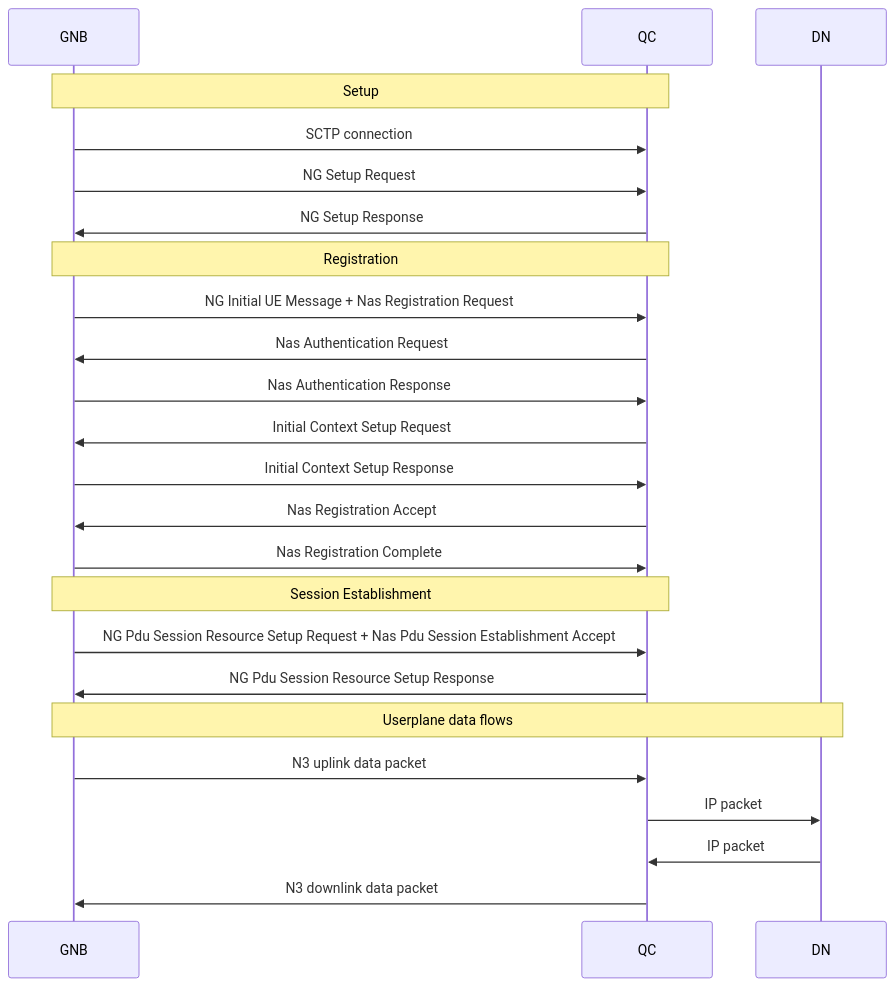
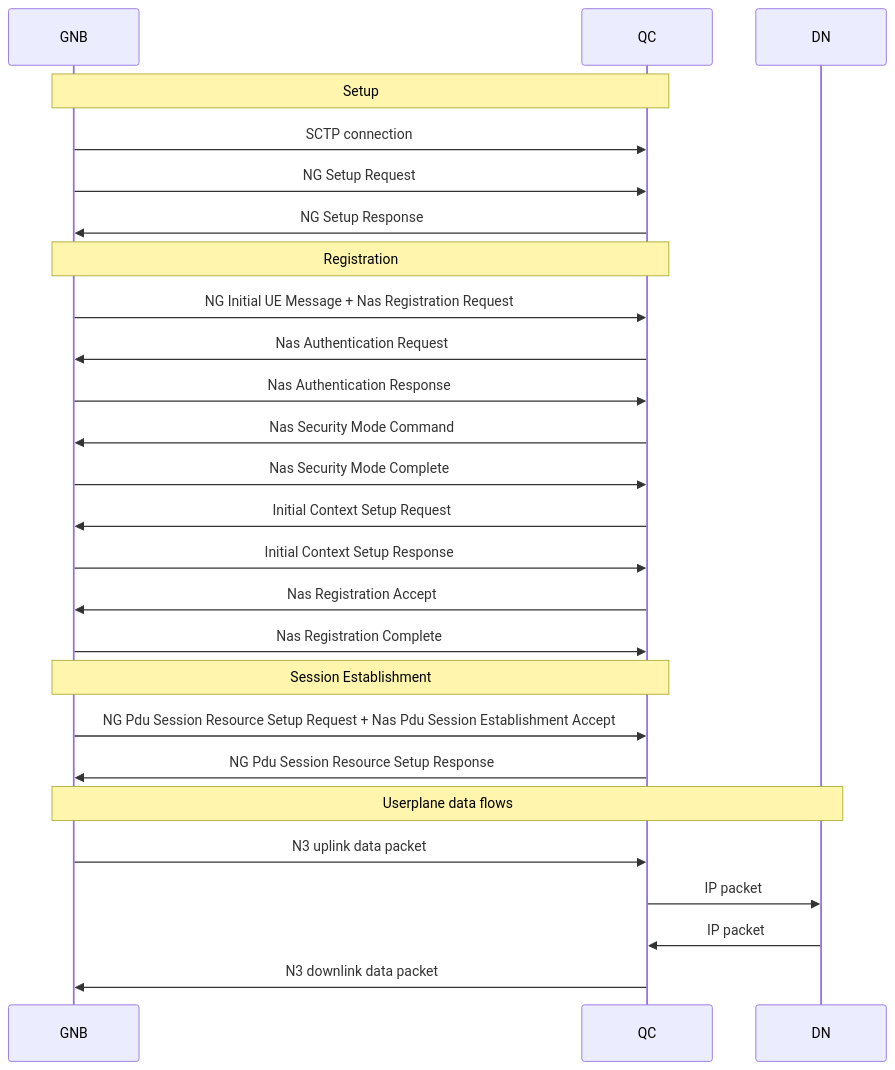
The second of 2 diagrams in docs/designs - existing/attach.md (nplrkn/qcore), drawn with Mermaid before and after one commit. The commit also changed 11 other files, not shown here.

````diff
--- a/docs/designs - existing/attach.md
+++ b/docs/designs - existing/attach.md
@@ -47,26 +47,28 @@
 ```mermaid
 sequenceDiagram
   participant GNB
   participant QC
   participant DN
   Note over GNB,QC: Setup
   GNB->>QC: SCTP connection
   GNB->>QC: NG Setup Request
   QC->>GNB: NG Setup Response
   Note over GNB,QC: Registration
   GNB->>QC: NG Initial UE Message + Nas Registration Request
   QC->>GNB: Nas Authentication Request 
   GNB->>QC: Nas Authentication Response
+  QC->>GNB: Nas Security Mode Command 
+  GNB->>QC: Nas Security Mode Complete
   QC->>GNB: Initial Context Setup Request
   GNB->>QC: Initial Context Setup Response
   QC->>GNB: Nas Registration Accept
   GNB->>QC: Nas Registration Complete
   Note over GNB,QC: Session Establishment
   GNB->>QC: NG Pdu Session Resource Setup Request  + Nas Pdu Session Establishment Accept
   QC->>GNB: NG Pdu Session Resource Setup Response
   Note over GNB,DN: Userplane data flows
   GNB->>QC: N3 uplink data packet
   QC->>DN: IP packet
   DN->>QC: IP packet
   QC->>GNB: N3 downlink data packet
 ```
````
